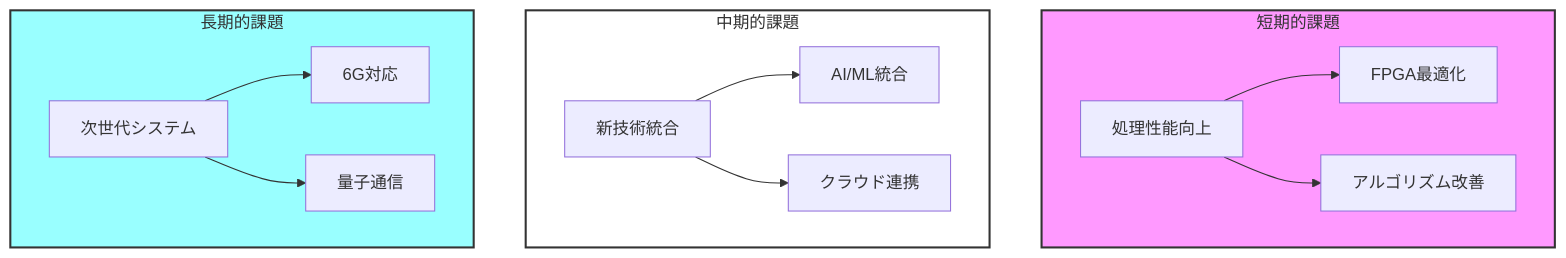
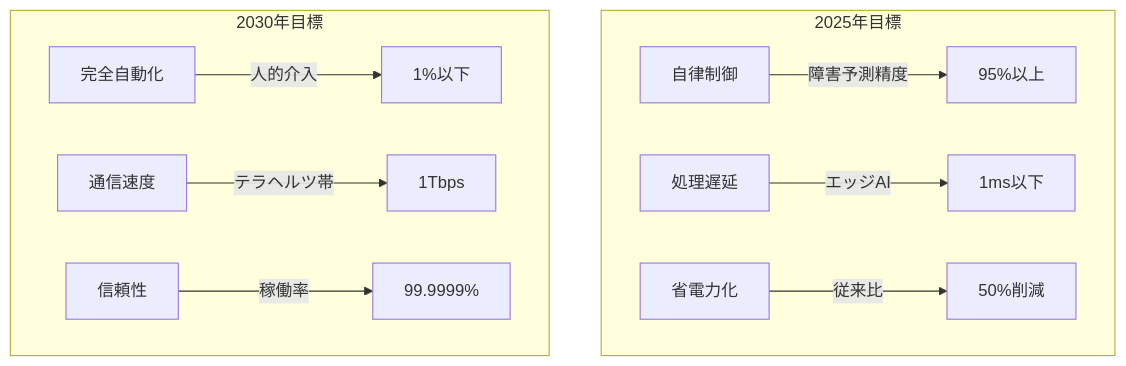
One commit to uecken/docs changed diagram 20 of 22 in デジタル通信/readme.md. Above: the diagram before and after it, drawn with Mermaid. The commit also changed other lines of this file, not shown here.

````diff
--- a/デジタル通信/readme.md
+++ b/デジタル通信/readme.md
@@ -918,21 +705,14 @@
 ```mermaid
 graph TD
-    subgraph 短期的課題
-    A[処理性能向上] --> B[FPGA最適化]
-    A --> C[アルゴリズム改善]
+    subgraph 2025年目標
+    A[自律制御] -->|障害予測精度| B[95%以上]
+    C[処理遅延] -->|エッジAI| D[1ms以下]
+    E[省電力化] -->|従来比| F[50%削減]
     end
     
-    subgraph 中期的課題
-    D[新技術統合] --> E[AI/ML統合]
-    D --> F[クラウド連携]
+    subgraph 2030年目標
+    G[完全自動化] -->|人的介入| H[1%以下]
+    I[通信速度] -->|テラヘルツ帯| J[1Tbps]
+    K[信頼性] -->|稼働率| L[99.9999%]
     end
-    
-    subgraph 長期的課題
-    G[次世代システム] --> H[6G対応]
-    G --> I[量子通信]
-    end
-    
-    style 短期的課題 fill:#f9f,stroke:#333,stroke-width:2px
-    style 中期的課題 fill:#fff,stroke:#333,stroke-width:2px
-    style 長期的課題 fill:#9ff,stroke:#333,stroke-width:2px
 ```
````
